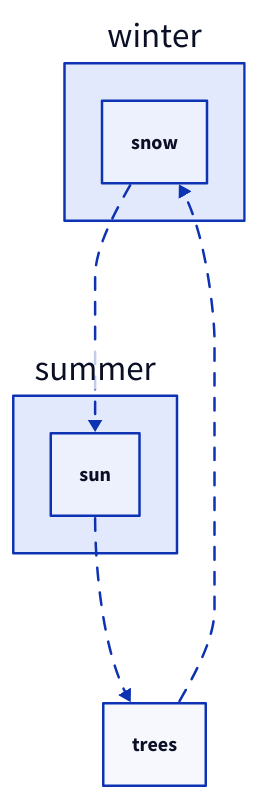
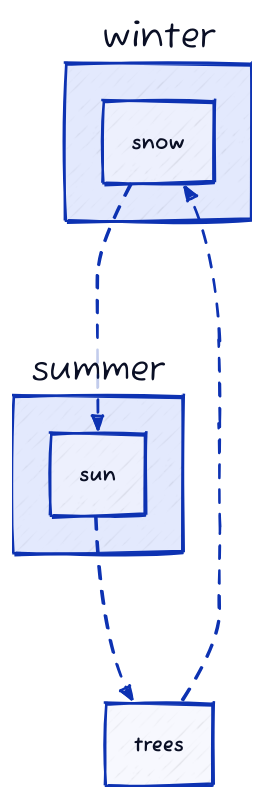
Before and after one commit to terrastruct/d2-docs: the diagram in static/blog/sketch/animated.d2, drawn with D2. The commit also changed 53 other files, not shown here.

```diff
--- a/static/blog/sketch/animated.d2
+++ b/static/blog/sketch/animated.d2
@@ -1,1 +1,6 @@
+vars: {
+  d2-config: {
+    sketch: true
+  }
+}
 winter.snow -> summer.sun -> trees -> winter.snow: {style.animated: true}
```
